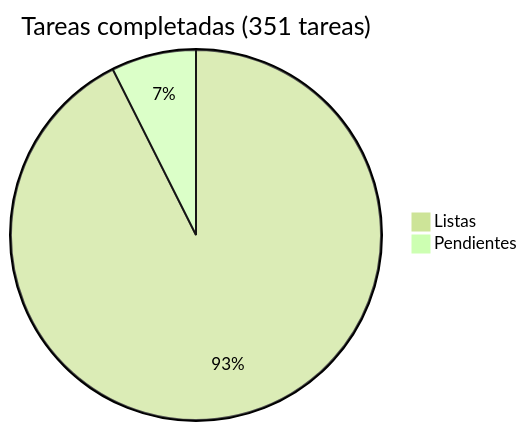
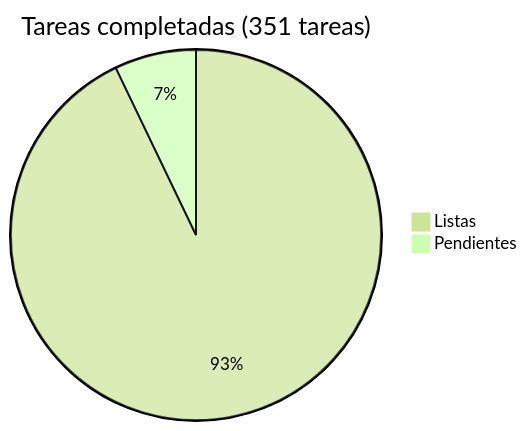
One commit to araguaney-lat/araguaney changed the diagram in docs/roadmap/README.md. Above: the diagram before and after it, drawn with Mermaid (forest theme). The commit also changed other lines of this file and 10 other files, not shown here.

````diff
--- a/docs/roadmap/README.md
+++ b/docs/roadmap/README.md
@@ -5,5 +5,5 @@
 ```mermaid
 pie title Tareas completadas (351 tareas)
-    "Listas" : 325
-    "Pendientes" : 26
+    "Listas" : 326
+    "Pendientes" : 25
 ```
````
